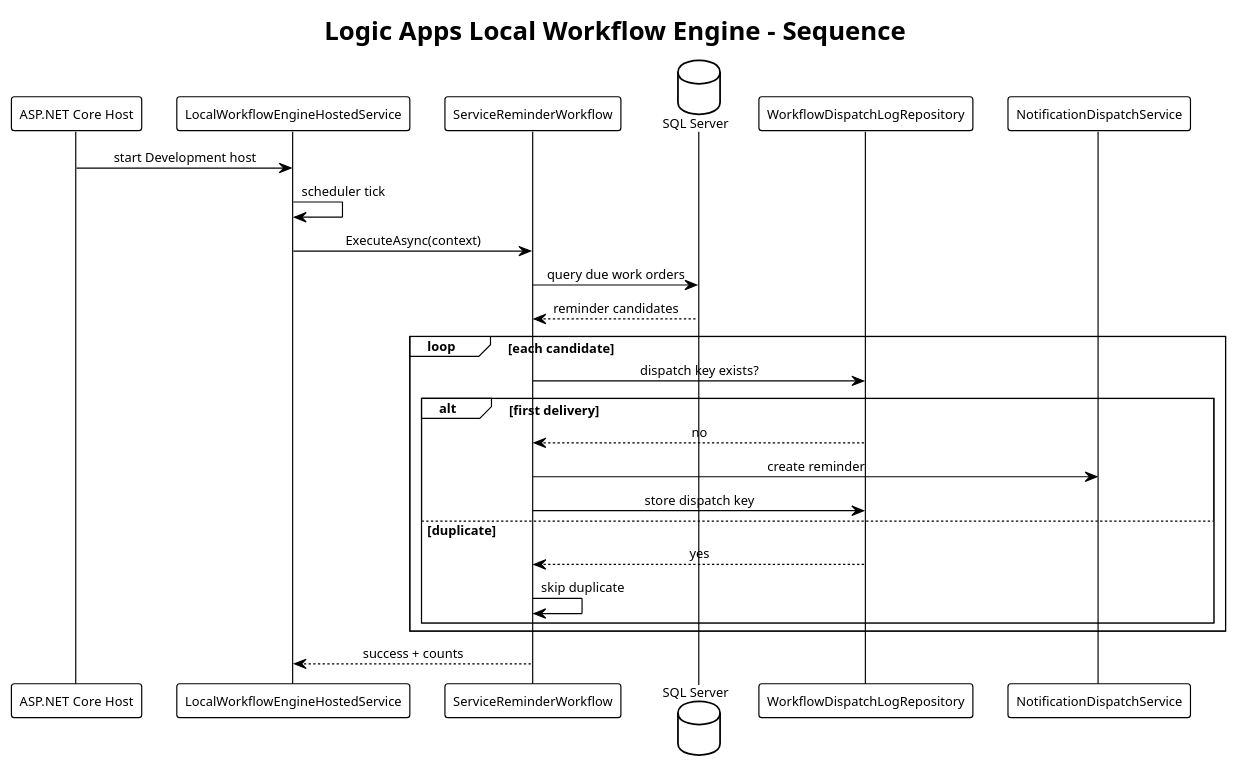
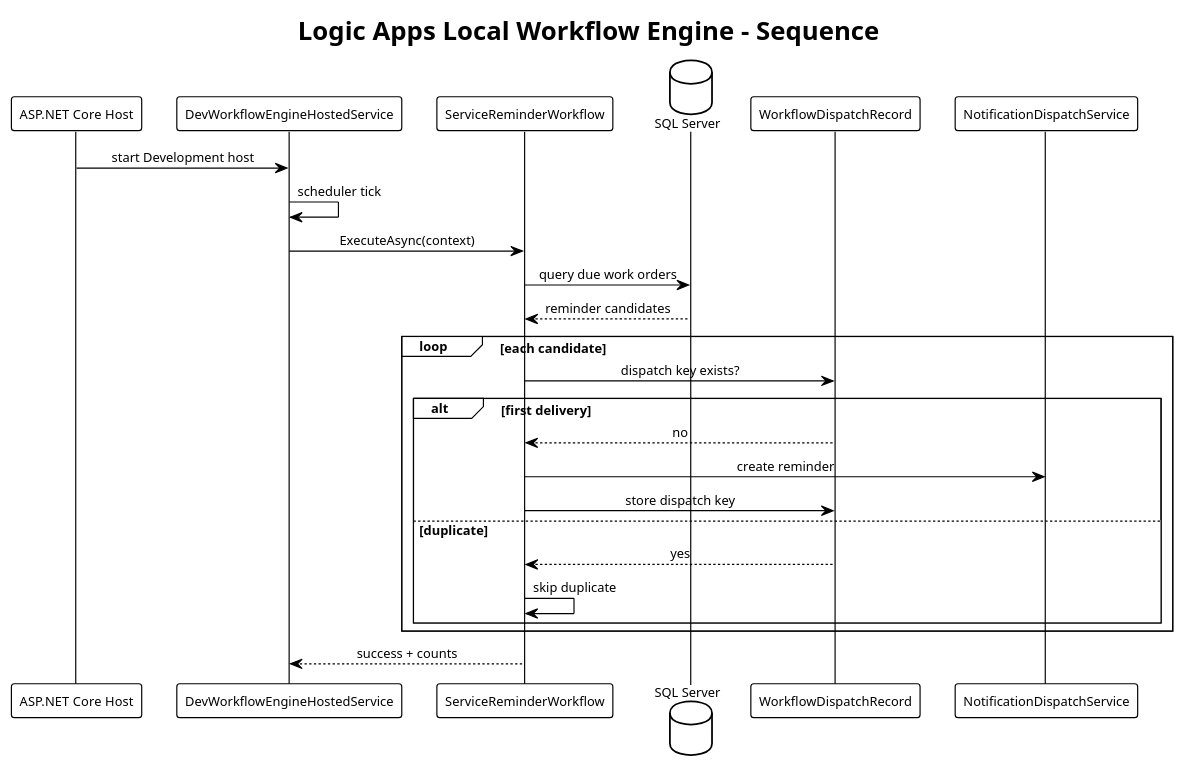
Before and after one commit to QuinntyneBrown/Toromont: the diagram in docs/detailed-designs/19-logic-apps-local-workflow-engine/diagrams/sequence_workflow_run.puml, drawn with PlantUML. The commit also changed 13 other files, not shown here.

First line of the commit message:
docs: update detailed designs 19-21, create design 22 (Azure Functions local dev)

```diff
--- a/docs/detailed-designs/19-logic-apps-local-workflow-engine/diagrams/sequence_workflow_run.puml
+++ b/docs/detailed-designs/19-logic-apps-local-workflow-engine/diagrams/sequence_workflow_run.puml
@@ -1,34 +1,34 @@
 @startuml sequence_workflow_run
 !theme plain
 skinparam shadowing false
 skinparam defaultFontSize 11
 skinparam sequenceMessageAlign center
 
 title Logic Apps Local Workflow Engine - Sequence
 
 participant "ASP.NET Core Host" as Host
-participant "LocalWorkflowEngineHostedService" as Engine
+participant "DevWorkflowEngineHostedService" as Engine
 participant "ServiceReminderWorkflow" as Workflow
 database "SQL Server" as Db
-participant "WorkflowDispatchLogRepository" as Log
+participant "WorkflowDispatchRecord" as Log
 participant "NotificationDispatchService" as Notif
 
 Host -> Engine : start Development host
 Engine -> Engine : scheduler tick
 Engine -> Workflow : ExecuteAsync(context)
 Workflow -> Db : query due work orders
 Db --> Workflow : reminder candidates
 loop each candidate
   Workflow -> Log : dispatch key exists?
   alt first delivery
     Log --> Workflow : no
     Workflow -> Notif : create reminder
     Workflow -> Log : store dispatch key
   else duplicate
     Log --> Workflow : yes
     Workflow -> Workflow : skip duplicate
   end
 end
 Workflow --> Engine : success + counts
 
 @enduml
```
